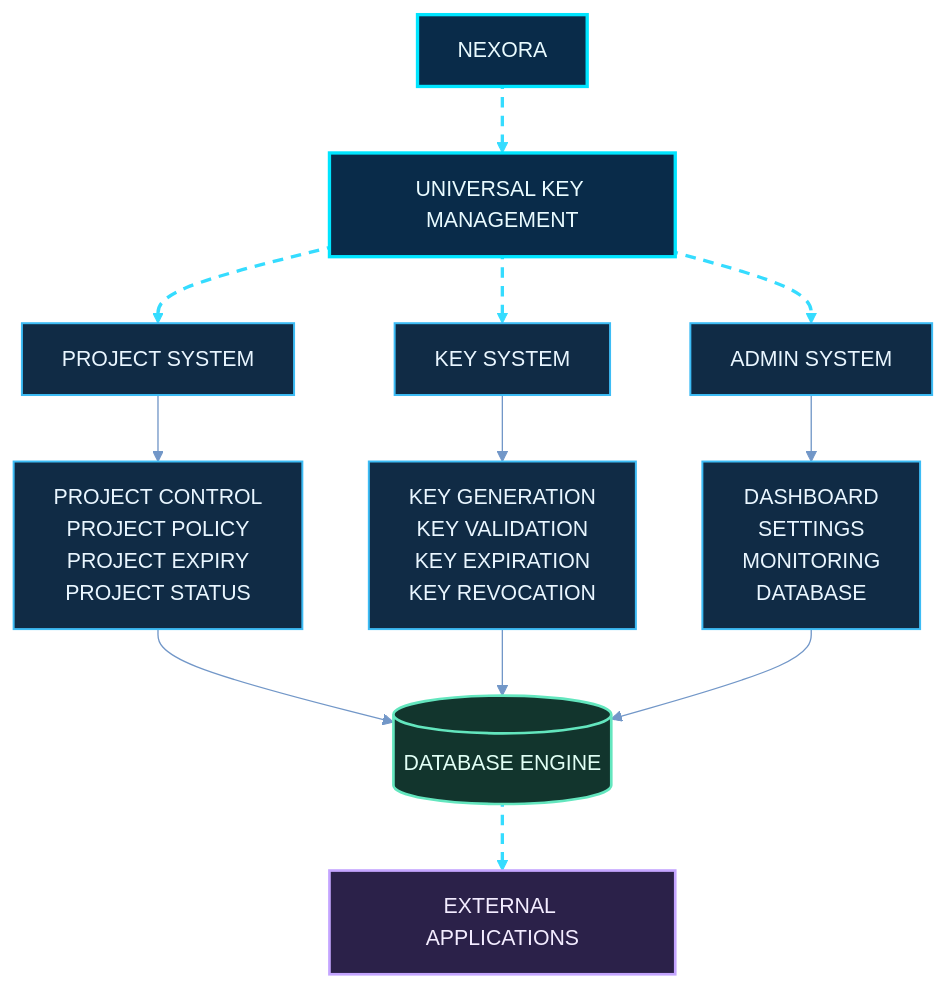
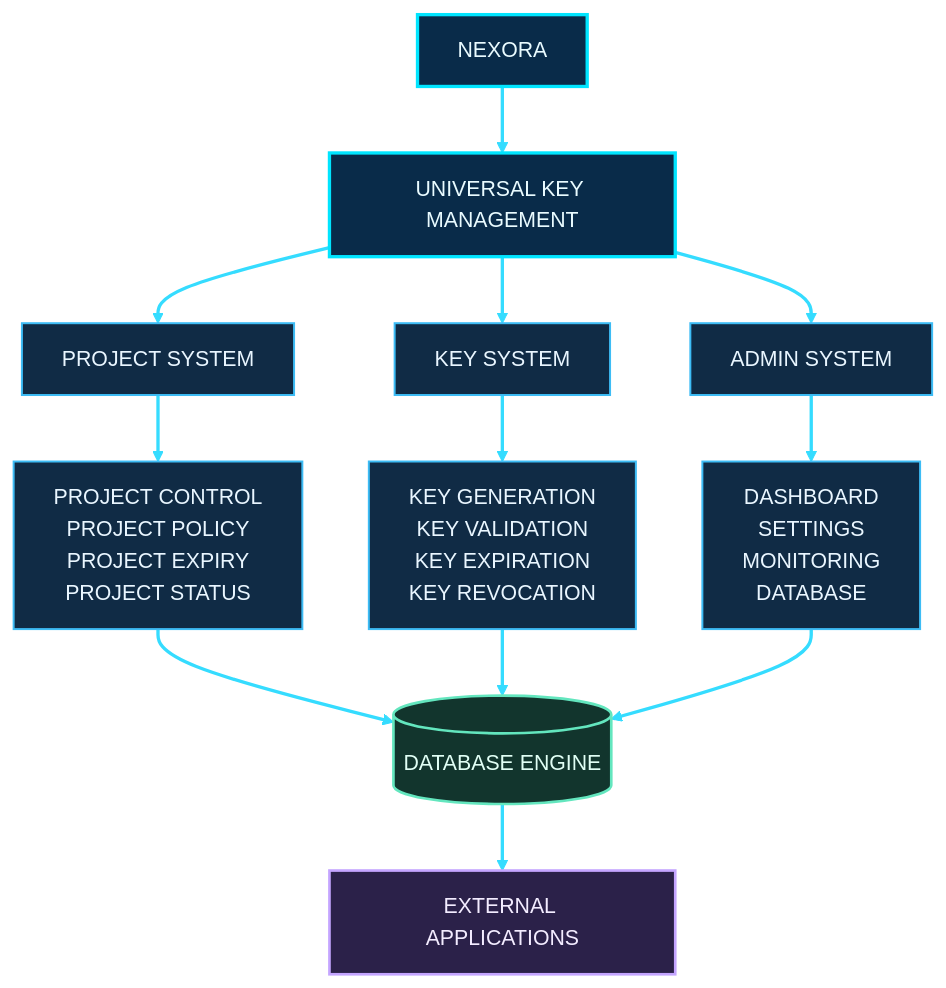
One commit to shajeduzzamanenan992008inc/NexOra-Database-key-Gen changed the first of 23 diagrams in README.md. Above: the diagram before and after it, drawn with Mermaid. The commit also changed other lines of this file, not shown here.

````diff
--- a/README.md
+++ b/README.md
@@ -154,34 +154,33 @@
 ```mermaid
 %%{init: {"theme":"base","themeVariables":{"darkMode":true,"background":"#07111f","primaryColor":"#102744","primaryTextColor":"#e8f7ff","primaryBorderColor":"#00d9ff","lineColor":"#7297c8","secondaryColor":"#261d45","secondaryTextColor":"#f3eaff","secondaryBorderColor":"#a78bfa","tertiaryColor":"#12332b","tertiaryTextColor":"#e0fff1","tertiaryBorderColor":"#41e6a2","fontFamily":"Inter, Segoe UI, sans-serif","edgeLabelBackground":"#101d34","mainBkg":"#102744","nodeBorder":"#00d9ff","clusterBkg":"#0b1930","clusterBorder":"#6f7dff","actorBkg":"#102744","actorBorder":"#00d9ff","actorTextColor":"#e8f7ff","signalColor":"#64d8ff","signalTextColor":"#e8f7ff","noteBkgColor":"#0e332b","noteBorderColor":"#41e6a2","noteTextColor":"#e0fff1"}}}%%
 flowchart TB
-    N["NEXORA"] nx01e01@--> U["UNIVERSAL KEY MANAGEMENT"]
-    U nx01e02@--> P["PROJECT SYSTEM"]
-    U nx01e03@--> K["KEY SYSTEM"]
-    U nx01e04@--> A["ADMIN SYSTEM"]
+    N["NEXORA"] --> U["UNIVERSAL KEY MANAGEMENT"]
+    U --> P["PROJECT SYSTEM"]
+    U --> K["KEY SYSTEM"]
+    U --> A["ADMIN SYSTEM"]
     P --> P1["PROJECT CONTROL<br/>PROJECT POLICY<br/>PROJECT EXPIRY<br/>PROJECT STATUS"]
     K --> K1["KEY GENERATION<br/>KEY VALIDATION<br/>KEY EXPIRATION<br/>KEY REVOCATION"]
     A --> A1["DASHBOARD<br/>SETTINGS<br/>MONITORING<br/>DATABASE"]
     P1 --> D[("DATABASE ENGINE")]
     K1 --> D
     A1 --> D
-    D nx01e05@--> E["EXTERNAL APPLICATIONS"]
+    D --> E["EXTERNAL APPLICATIONS"]
 
-    %% OMEGA NEX-ORA visual classes
     %% OMEGA NEX-ORA / ULTRA NEON PALETTE
     classDef nxCore fill:#092b49,stroke:#00e5ff,stroke-width:2.5px,color:#e9fbff;
     classDef nxProcess fill:#102b45,stroke:#3dbcf5,stroke-width:1.5px,color:#e9f6ff;
     classDef nxDecision fill:#2b2050,stroke:#b38cff,stroke-width:2px,color:#f3edff;
     classDef nxSuccess fill:#0d3b2c,stroke:#3fffa0,stroke-width:2px,color:#e0fff0;
     classDef nxDanger fill:#451d30,stroke:#ff6688,stroke-width:2px,color:#fff0f3;
     classDef nxData fill:#12352d,stroke:#63e6be,stroke-width:2px,color:#e1fff5;
     classDef nxExternal fill:#2b2149,stroke:#c4a5ff,stroke-width:2px,color:#f3ecff;
     classDef nxInfo fill:#17253e,stroke:#91a7c9,stroke-width:1.5px,color:#e5efff;
     classDef nxWarning fill:#453116,stroke:#fbbf24,stroke-width:2px,color:#fff6d6;
-    %% Moving dashed route: Mermaid applies this class to explicitly identified edges.
-    classDef nxAnimated stroke:#35dcff,stroke-width:2.5px,stroke-dasharray:8\,6,stroke-dashoffset:1000,animation:dash 24s linear infinite;
     class N,U nxCore;
     class P,K,A,P1,K1,A1 nxProcess;
     class D nxData;
     class E nxExternal;
-    class nx01e01,nx01e02,nx01e03,nx01e04,nx01e05 nxAnimated;
+
+    %% Animated primary paths using Mermaid linkStyle (no edge-ID parser required)
+    linkStyle default stroke:#35dcff,stroke-width:2.5px,stroke-dasharray:8\,6,stroke-dashoffset:1000,animation:dash 24s linear infinite;
 ```
````
